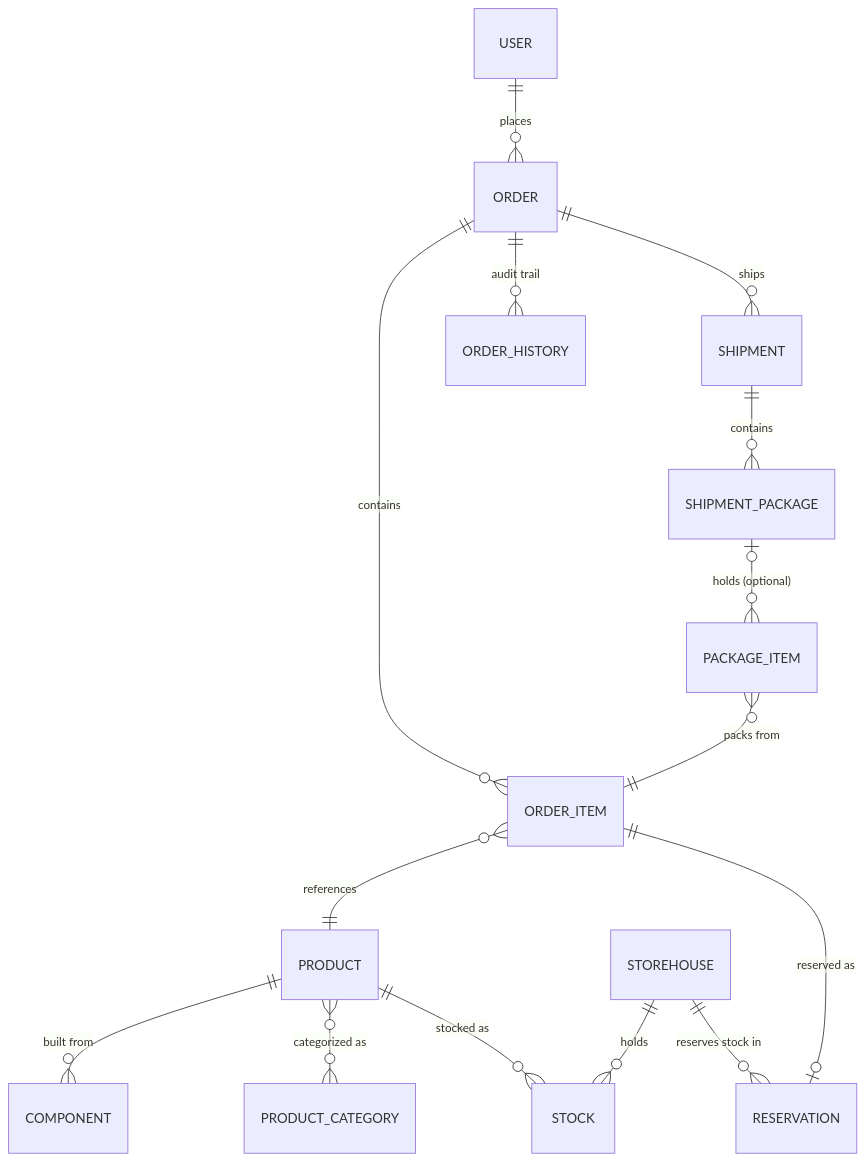
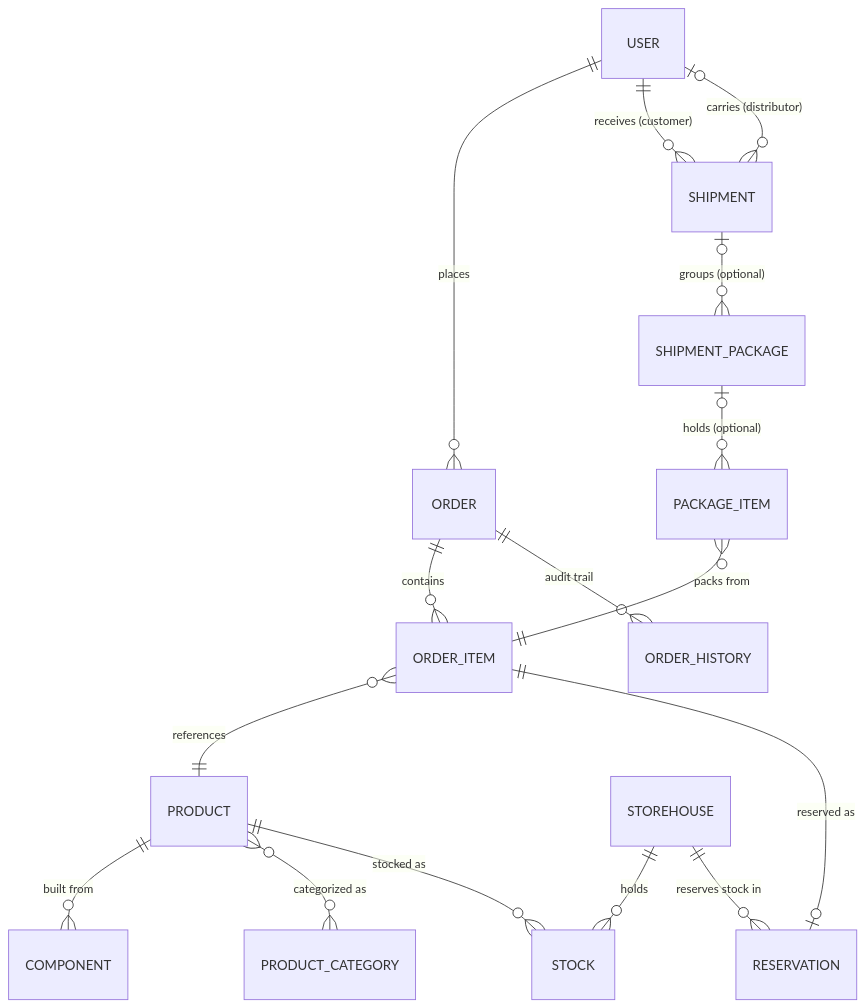
The fifth of 5 diagrams in README.md (waldifubu/scm-temporal), drawn with Mermaid before and after one commit. The commit also changed other lines of this file and 29 other files, not shown here.

````diff
--- a/README.md
+++ b/README.md
@@ -503,17 +644,18 @@
 ```mermaid
 erDiagram
     USER ||--o{ ORDER : places
     ORDER ||--o{ ORDER_ITEM : contains
     ORDER ||--o{ ORDER_HISTORY : "audit trail"
     ORDER_ITEM }o--|| PRODUCT : references
     ORDER_ITEM ||--o| RESERVATION : "reserved as"
     PRODUCT ||--o{ COMPONENT : "built from"
     PRODUCT }o--o{ PRODUCT_CATEGORY : "categorized as"
     PRODUCT ||--o{ STOCK : "stocked as"
     STOREHOUSE ||--o{ STOCK : holds
     STOREHOUSE ||--o{ RESERVATION : "reserves stock in"
-    ORDER ||--o{ SHIPMENT : ships
-    SHIPMENT ||--o{ SHIPMENT_PACKAGE : contains
+    USER ||--o{ SHIPMENT : "receives (customer)"
+    USER |o--o{ SHIPMENT : "carries (distributor)"
+    SHIPMENT |o--o{ SHIPMENT_PACKAGE : "groups (optional)"
     SHIPMENT_PACKAGE |o--o{ PACKAGE_ITEM : "holds (optional)"
     PACKAGE_ITEM }o--|| ORDER_ITEM : "packs from"
 ```
````
